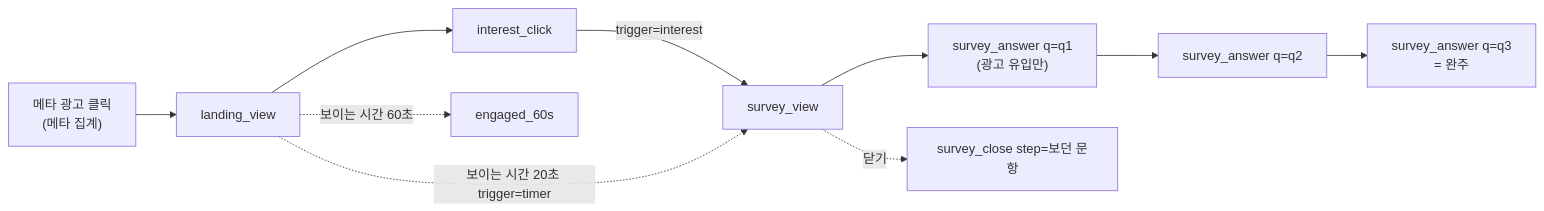
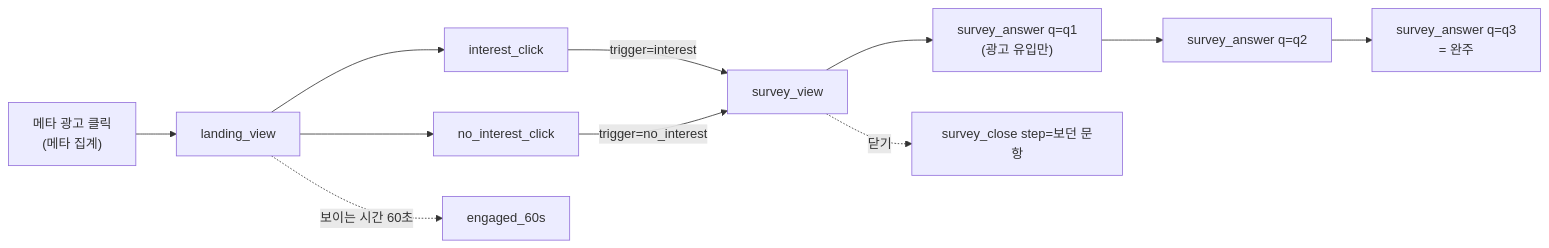
One commit to Chawonsik/seongbun-dotbogi changed the diagram in docs/taxonomy/README.md. Above: the diagram before and after it, drawn with Mermaid. The commit also changed other lines of this file and 10 other files, not shown here.

````diff
--- a/docs/taxonomy/README.md
+++ b/docs/taxonomy/README.md
@@ -34,10 +34,11 @@
 ```mermaid
 flowchart LR
   ad["메타 광고 클릭<br/>(메타 집계)"] --> lv[landing_view]
   lv --> ic[interest_click]
+  lv --> nic[no_interest_click]
   lv -. 보이는 시간 60초 .-> e60[engaged_60s]
   ic -- trigger=interest --> sv[survey_view]
-  lv -. 보이는 시간 20초 trigger=timer .-> sv
+  nic -- trigger=no_interest --> sv
   sv --> sa1["survey_answer q=q1<br/>(광고 유입만)"] --> sa2[survey_answer q=q2] --> sa3["survey_answer q=q3<br/>= 완주"]
   sv -. 닫기 .-> sc["survey_close step=보던 문항"]
 ```
````
